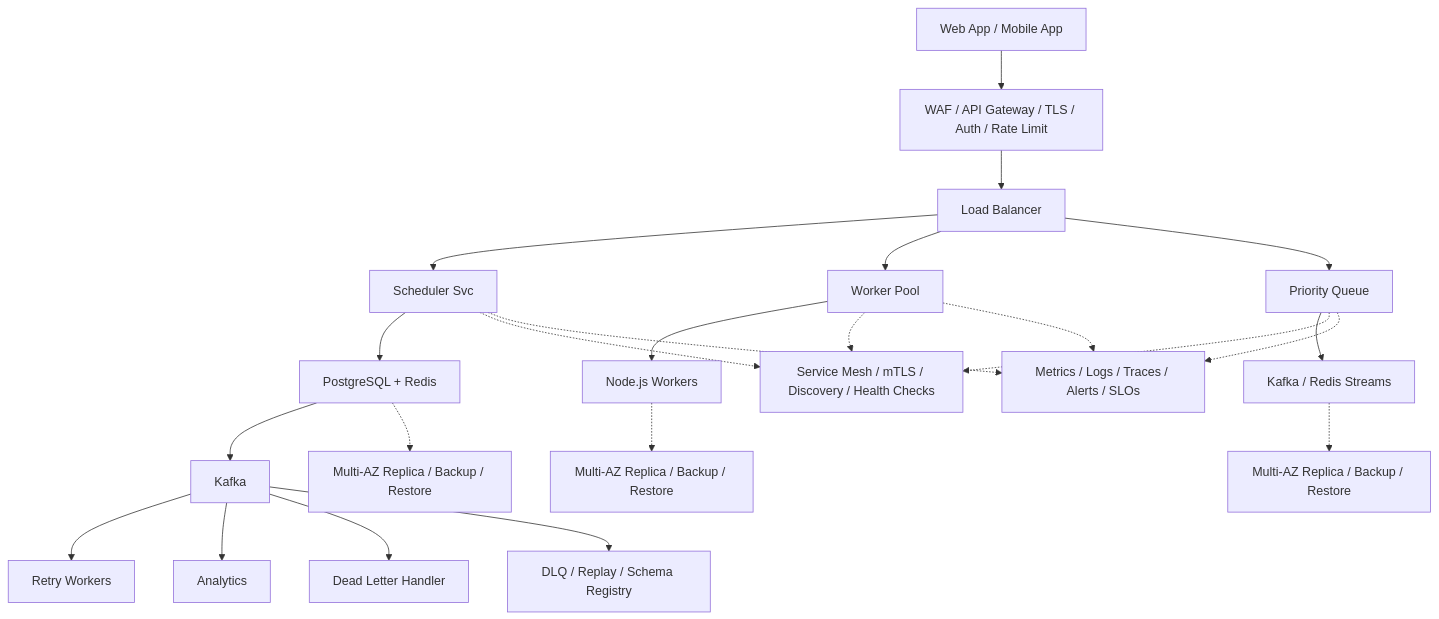
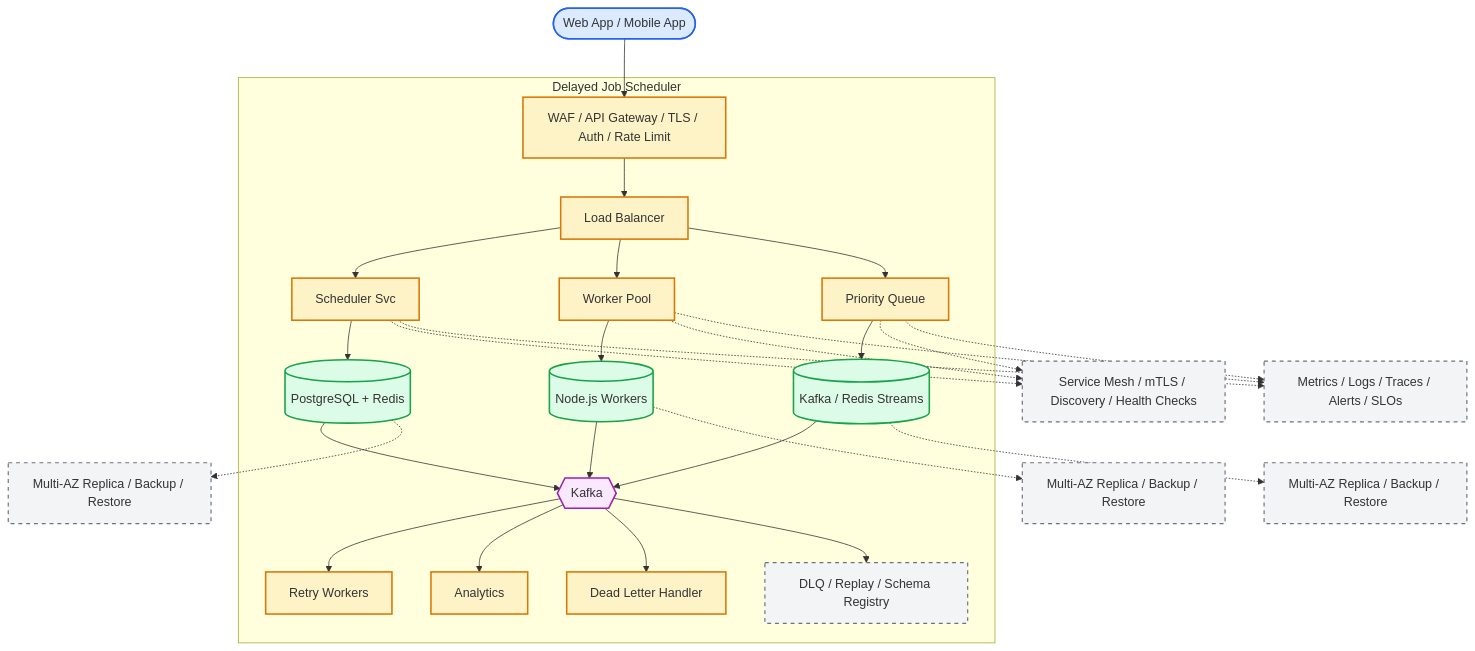
Before and after one commit to aishwary11/system-design: the diagram in system-design-delayed-job-scheduler.md, drawn with Mermaid. The commit also changed other lines of this file and 36 other files, not shown here.

First line of the commit message:
Standardize all diagrams on C4-style Mermaid template

````diff
--- a/system-design-delayed-job-scheduler.md
+++ b/system-design-delayed-job-scheduler.md
@@ -45,25 +45,65 @@
 ```mermaid
 flowchart TB
-    clients["Web App / Mobile App"] --> edge["WAF / API Gateway / TLS / Auth / Rate Limit"]
-    edge --> lb["Load Balancer"]
-    lb --> svc0["Scheduler Svc"]
-    lb --> svc1["Worker Pool"]
-    lb --> svc2["Priority Queue"]
-    svc0 --> store0["PostgreSQL + Redis"]
-    svc1 --> store1["Node.js Workers"]
-    svc2 --> store2["Kafka / Redis Streams"]
-    store0 --> stream["Kafka"]
-    stream --> worker0["Retry Workers"]
-    stream --> worker1["Analytics"]
-    stream --> worker2["Dead Letter Handler"]
-    svc0 -.-> platform["Service Mesh / mTLS / Discovery / Health Checks"]
-    svc1 -.-> platform
-    svc2 -.-> platform
-    store0 -.-> backup0["Multi-AZ Replica / Backup / Restore"]
-    store1 -.-> backup1["Multi-AZ Replica / Backup / Restore"]
-    store2 -.-> backup2["Multi-AZ Replica / Backup / Restore"]
-    stream --> dlq["DLQ / Replay / Schema Registry"]
-    svc0 -.-> ops["Metrics / Logs / Traces / Alerts / SLOs"]
+    %% Actors (people)
+    clients(["Web App / Mobile App"])
+
+    %% System boundary - containers owned by the platform
+    subgraph platform["Delayed Job Scheduler"]
+        edge["WAF / API Gateway / TLS / Auth / Rate Limit"]
+        lb["Load Balancer"]
+        svc0["Scheduler Svc"]
+        svc1["Worker Pool"]
+        svc2["Priority Queue"]
+        store0[("PostgreSQL + Redis")]
+        store1[("Node.js Workers")]
+        store2[("Kafka / Redis Streams")]
+        stream{{"Kafka"}}
+        worker0["Retry Workers"]
+        worker1["Analytics"]
+        worker2["Dead Letter Handler"]
+        dlq["DLQ / Replay / Schema Registry"]
+    end
+
+    %% Cross-cutting control plane (dashed edges)
+    mesh["Service Mesh / mTLS / Discovery / Health Checks"]
+    ops["Metrics / Logs / Traces / Alerts / SLOs"]
+    backup0["Multi-AZ Replica / Backup / Restore"]
+    backup1["Multi-AZ Replica / Backup / Restore"]
+    backup2["Multi-AZ Replica / Backup / Restore"]
+
+    clients --> edge
+    edge --> lb
+    lb --> svc0
+    lb --> svc1
+    lb --> svc2
+    svc0 --> store0
+    svc1 --> store1
+    svc2 --> store2
+    store0 --> stream
+    store1 --> stream
+    store2 --> stream
+    stream --> worker0
+    stream --> worker1
+    stream --> worker2
+    stream --> dlq
+    svc0 -.-> mesh
+    svc1 -.-> mesh
+    svc2 -.-> mesh
+    svc0 -.-> ops
     svc1 -.-> ops
     svc2 -.-> ops
+    store0 -.-> backup0
+    store1 -.-> backup1
+    store2 -.-> backup2
+
+    classDef actor fill:#dbeafe,stroke:#2563eb,stroke-width:2px
+    classDef service fill:#fef3c7,stroke:#d97706,stroke-width:2px
+    classDef store fill:#dcfce7,stroke:#16a34a,stroke-width:2px
+    classDef broker fill:#fae8ff,stroke:#a21caf,stroke-width:2px
+    classDef control fill:#f3f4f6,stroke:#6b7280,stroke-width:1.5px,stroke-dasharray:5 5
+    class clients actor
+    class edge,lb,svc0,svc1,svc2,worker0,worker1,worker2 service
+    class store0,store1,store2 store
+    class stream broker
+    class dlq,mesh,ops,backup0,backup1,backup2 control
 ```
````
